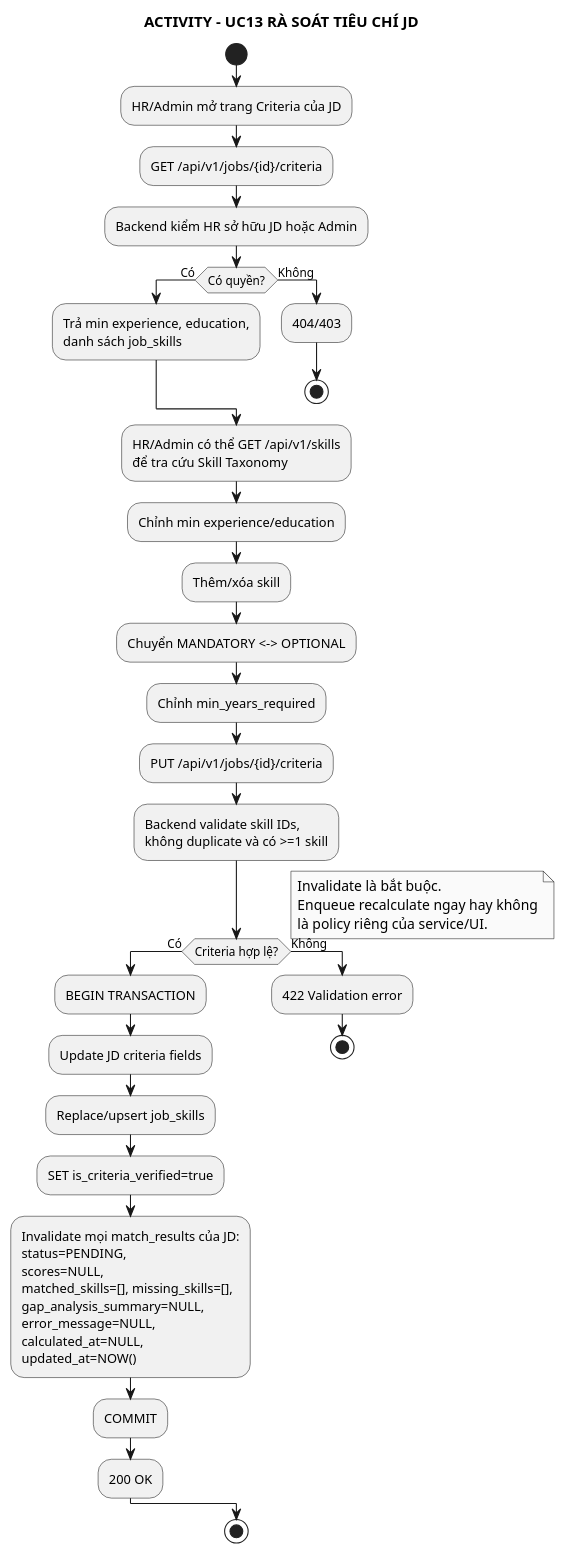
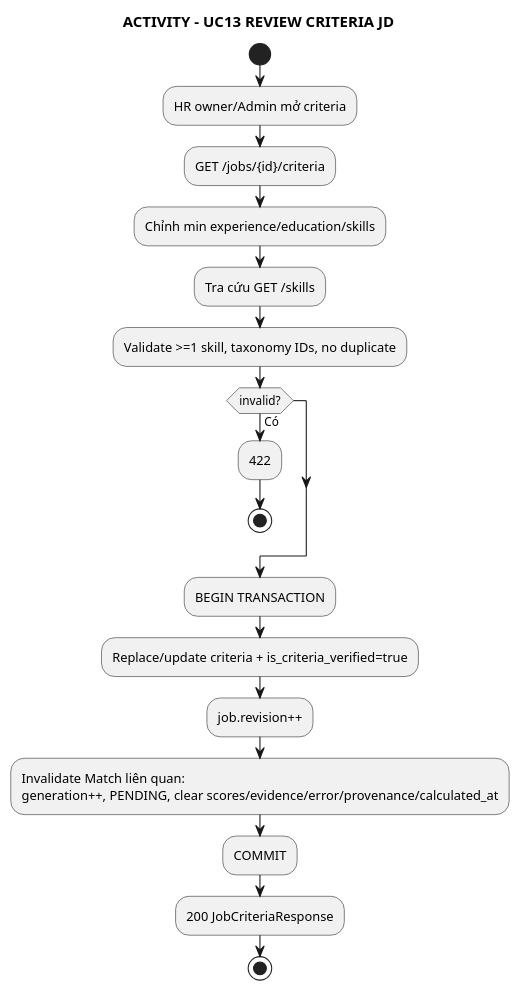
Before and after one commit to anh632k-ui/WebCVUngVienTuyenDung: the diagram in docs/03_activity/act_uc13_review_job_criteria.puml, drawn with PlantUML.

Commit message:
docs(activity): version criteria mutations

```diff
--- a/docs/03_activity/act_uc13_review_job_criteria.puml
+++ b/docs/03_activity/act_uc13_review_job_criteria.puml
@@ -1,54 +1,24 @@
 @startuml
 skinparam monochrome true
 skinparam shadowing false
-
-title ACTIVITY - UC13 RÀ SOÁT TIÊU CHÍ JD
+title ACTIVITY - UC13 REVIEW CRITERIA JD
 
 start
-:HR/Admin mở trang Criteria của JD;
-:GET /api/v1/jobs/{id}/criteria;
-:Backend kiểm HR sở hữu JD hoặc Admin;
-if (Có quyền?) then (Có)
-  :Trả min experience, education,
-  danh sách job_skills;
-else (Không)
-  :404/403;
+:HR owner/Admin mở criteria;
+:GET /jobs/{id}/criteria;
+:Chỉnh min experience/education/skills;
+:Tra cứu GET /skills;
+:Validate >=1 skill, taxonomy IDs, no duplicate;
+if (invalid?) then (Có)
+  :422;
   stop
 endif
-
-:HR/Admin có thể GET /api/v1/skills
-để tra cứu Skill Taxonomy;
-:Chỉnh min experience/education;
-:Thêm/xóa skill;
-:Chuyển MANDATORY <-> OPTIONAL;
-:Chỉnh min_years_required;
-:PUT /api/v1/jobs/{id}/criteria;
-:Backend validate skill IDs,
-không duplicate và có >=1 skill;
-if (Criteria hợp lệ?) then (Có)
-  :BEGIN TRANSACTION;
-  :Update JD criteria fields;
-  :Replace/upsert job_skills;
-  :SET is_criteria_verified=true;
-  :Invalidate mọi match_results của JD:
-  status=PENDING,
-  scores=NULL,
-  matched_skills=[], missing_skills=[],
-  gap_analysis_summary=NULL,
-  error_message=NULL,
-  calculated_at=NULL,
-  updated_at=NOW();
-  :COMMIT;
-  :200 OK;
-else (Không)
-  :422 Validation error;
-  stop
-endif
-
-note right
-  Invalidate là bắt buộc.
-  Enqueue recalculate ngay hay không
-  là policy riêng của service/UI.
-end note
+:BEGIN TRANSACTION;
+:Replace/update criteria + is_criteria_verified=true;
+:job.revision++;
+:Invalidate Match liên quan:
+generation++, PENDING, clear scores/evidence/error/provenance/calculated_at;
+:COMMIT;
+:200 JobCriteriaResponse;
 stop
 @enduml
```
